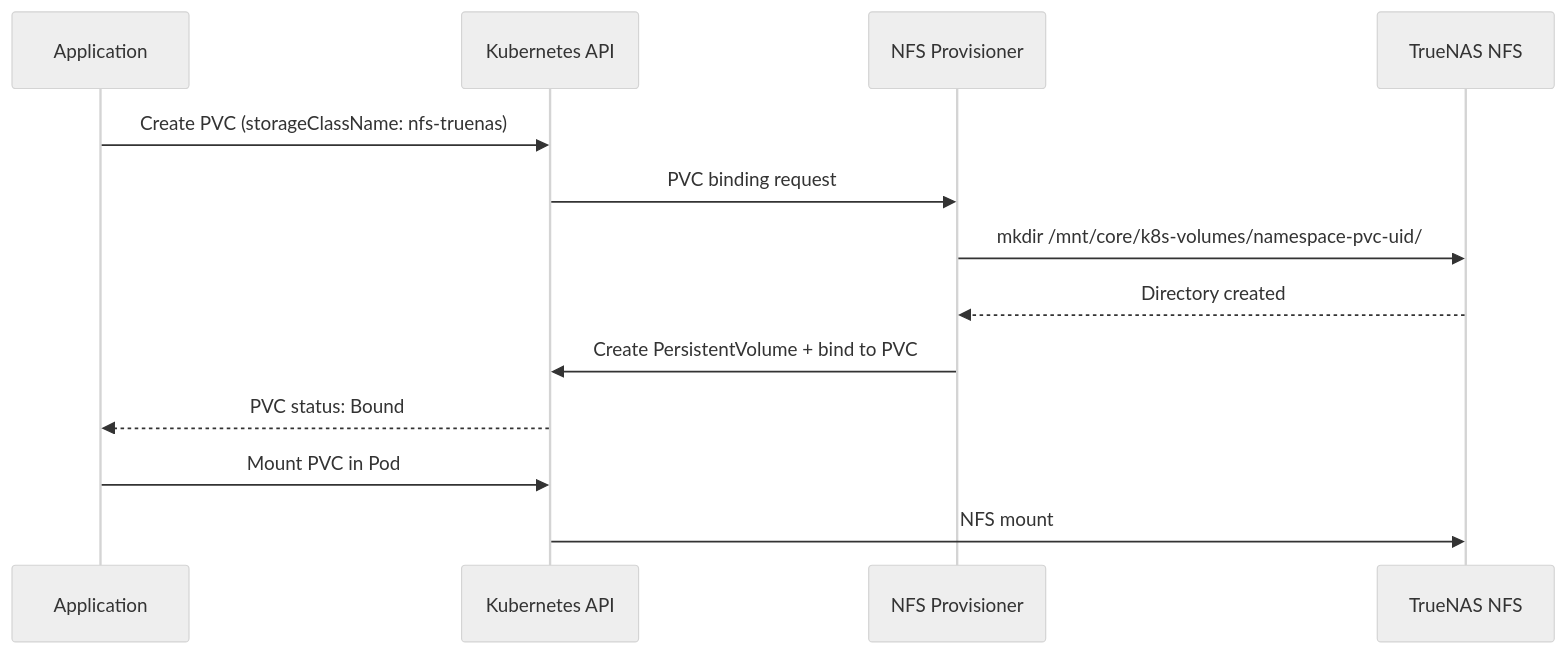
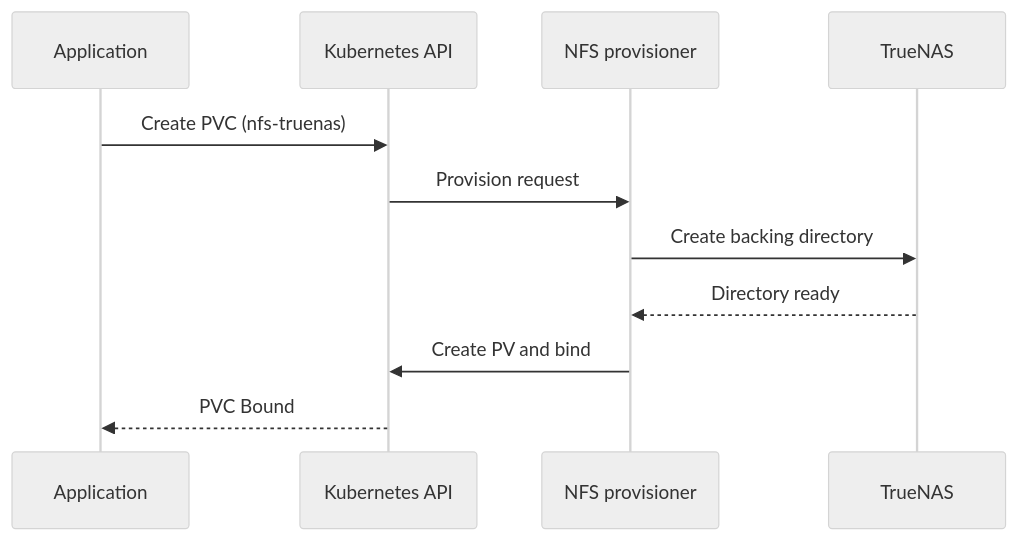
Before and after one commit to Kagiso-me/homelab-infrastructure: the diagram in docs/guides/08-Storage-Architecture.md, drawn with Mermaid (neutral theme). The commit also changed other lines of this file and 40 other files, not shown here.

````diff
--- a/docs/guides/08-Storage-Architecture.md
+++ b/docs/guides/08-Storage-Architecture.md
@@ -155,16 +271,14 @@
 ```mermaid
 sequenceDiagram
     participant App as Application
-    participant K8s as Kubernetes API
-    participant Prov as NFS Provisioner
-    participant TN as TrueNAS NFS
+    participant API as Kubernetes API
+    participant Prov as NFS provisioner
+    participant TN as TrueNAS
 
-    App->>K8s: Create PVC (storageClassName: nfs-truenas)
-    K8s->>Prov: PVC binding request
-    Prov->>TN: mkdir /mnt/core/k8s-volumes/namespace-pvc-uid/
-    TN-->>Prov: Directory created
-    Prov->>K8s: Create PersistentVolume + bind to PVC
-    K8s-->>App: PVC status: Bound
-    App->>K8s: Mount PVC in Pod
-    K8s->>TN: NFS mount
+    App->>API: Create PVC (nfs-truenas)
+    API->>Prov: Provision request
+    Prov->>TN: Create backing directory
+    TN-->>Prov: Directory ready
+    Prov->>API: Create PV and bind
+    API-->>App: PVC Bound
 ```
````
